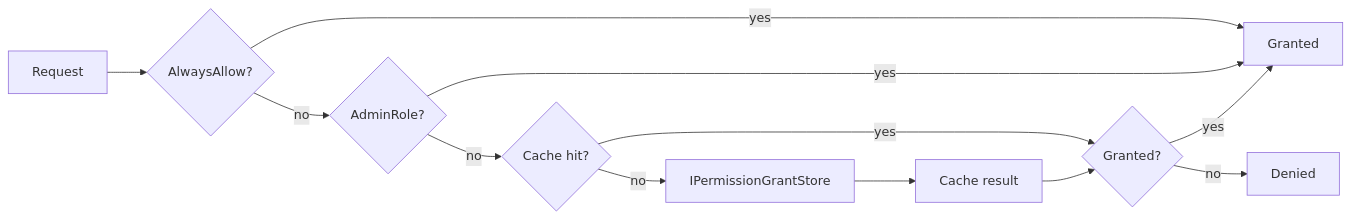
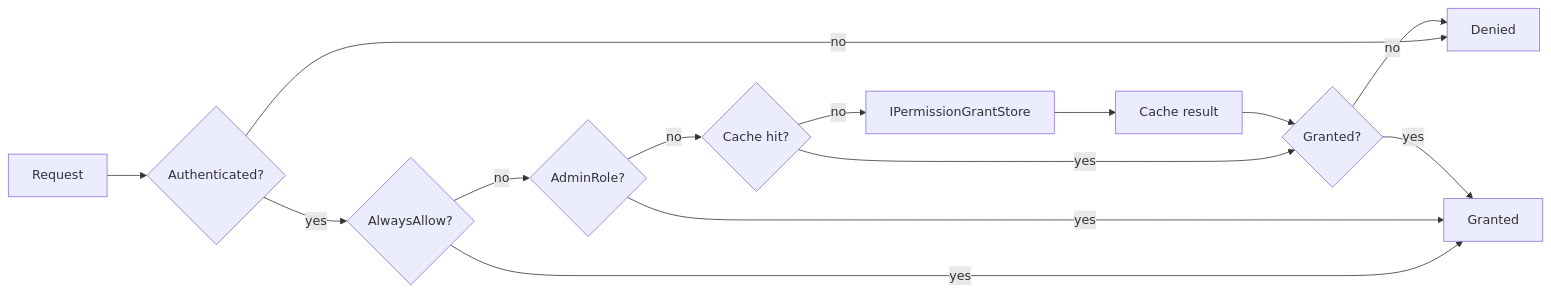
One commit to granit-fx/granit-dotnet changed the second of 2 diagrams in docs-site/src/content/docs/dotnet/security/authorization.mdx. Above: the diagram before and after it, drawn with Mermaid. The commit also changed other lines of this file and 22 other files, not shown here.

First line of the commit message:
fix(authorization): harden authorization security — privilege escalation, AlwaysAllow bypass, PII leak, AI guardrails (#695)

````diff
--- a/docs-site/src/content/docs/dotnet/security/authorization.mdx
+++ b/docs-site/src/content/docs/dotnet/security/authorization.mdx
@@ -93,14 +93,16 @@
 ```mermaid
 flowchart LR
-    A[Request] --> B{AlwaysAllow?}
-    B -->|yes| C[Granted]
-    B -->|no| D{AdminRole?}
-    D -->|yes| C
-    D -->|no| E{Cache hit?}
-    E -->|yes| F{Granted?}
-    E -->|no| G[IPermissionGrantStore]
-    G --> H[Cache result]
-    H --> F
-    F -->|yes| C
-    F -->|no| I[Denied]
+    A[Request] --> B{Authenticated?}
+    B -->|no| I[Denied]
+    B -->|yes| C{AlwaysAllow?}
+    C -->|yes| D[Granted]
+    C -->|no| E{AdminRole?}
+    E -->|yes| D
+    E -->|no| F{Cache hit?}
+    F -->|yes| G{Granted?}
+    F -->|no| H[IPermissionGrantStore]
+    H --> J[Cache result]
+    J --> G
+    G -->|yes| D
+    G -->|no| I
 ```
````
